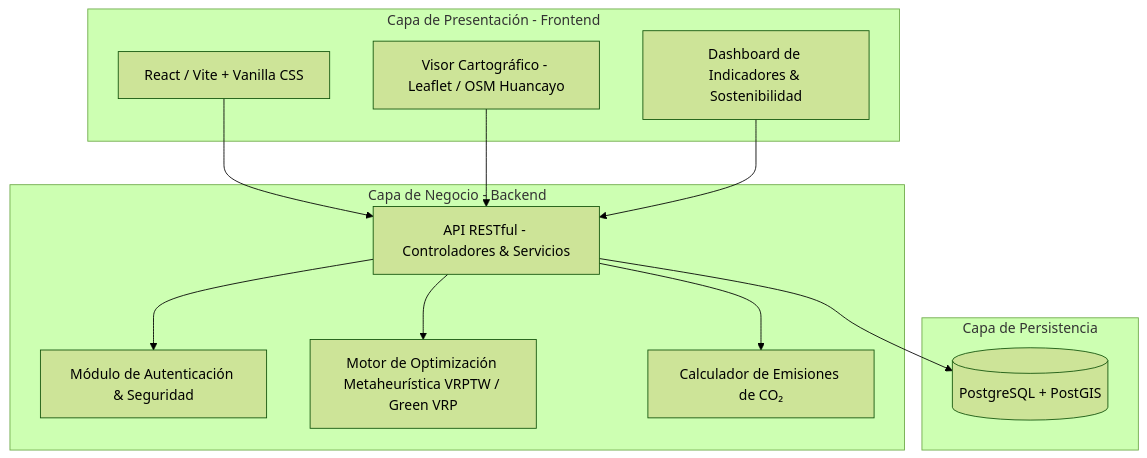
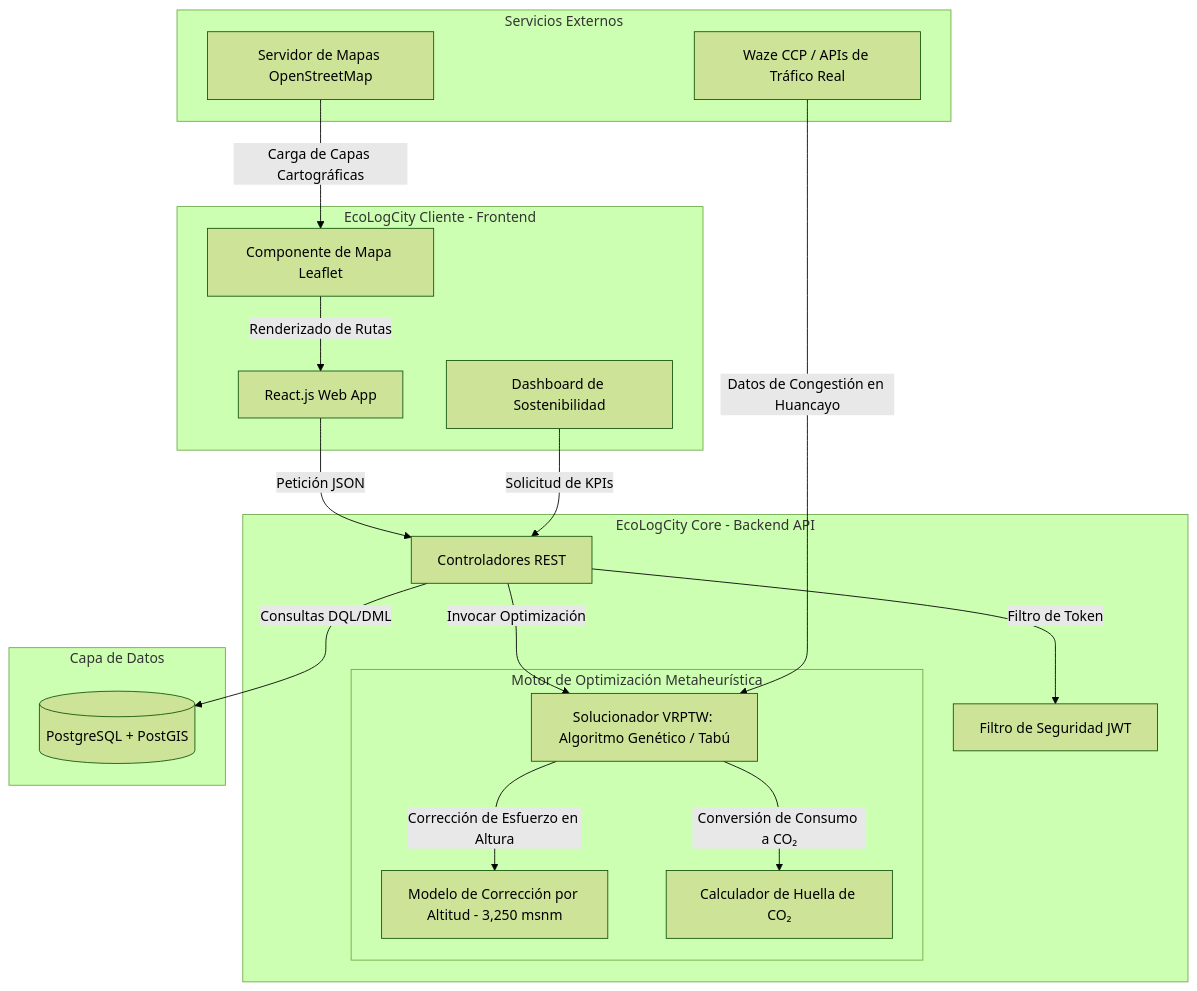
One commit to The-Yuu7/EcoLogCity changed the first of 3 diagrams in README.md. Above: the diagram before and after it, drawn with Mermaid (forest theme). The commit also changed other lines of this file, not shown here.

Commit message:
style(docs): redesign diagrams in README to be custom for EcoLogCity

````diff
--- a/README.md
+++ b/README.md
@@ -85,27 +86,38 @@
 ```mermaid
-graph TD
-    subgraph Cliente [Capa de Presentación - Frontend]
-        UI[React / Vite + Vanilla CSS]
-        Map[Visor Cartográfico - Leaflet / OSM Huancayo]
-        Dash[Dashboard de Indicadores & Sostenibilidad]
+graph TB
+    subgraph Frontend [EcoLogCity Cliente - Frontend]
+        UI[React.js Web App]
+        Map[Componente de Mapa Leaflet]
+        Dash[Dashboard de Sostenibilidad]
     end
 
-    subgraph Servidor [Capa de Negocio - Backend]
-        API[API RESTful - Controladores & Servicios]
-        Auth[Módulo de Autenticación & Seguridad]
-        Engine[Motor de Optimización Metaheurística VRPTW / Green VRP]
-        CO2[Calculador de Emisiones de CO₂]
+    subgraph Backend [EcoLogCity Core - Backend API]
+        Controller[Controladores REST]
+        Auth[Filtro de Seguridad JWT]
+        subgraph Engine [Motor de Optimización Metaheurística]
+            VRP[Solucionador VRPTW: Algoritmo Genético / Tabú]
+            ElevFactor[Modelo de Corrección por Altitud - 3,250 msnm]
+            Carbon[Calculador de Huella de CO₂]
+        end
     end
 
-    subgraph Datos [Capa de Persistencia]
-        DB[(PostgreSQL + PostGIS)]
+    subgraph External [Servicios Externos]
+        Waze[Waze CCP / APIs de Tráfico Real]
+        OSM[Servidor de Mapas OpenStreetMap]
     end
 
-    UI --> API
-    Map --> API
-    Dash --> API
-    API --> Auth
-    API --> Engine
-    API --> CO2
-    API --> DB
+    subgraph Database [Capa de Datos]
+        PG[(PostgreSQL + PostGIS)]
+    end
+
+    UI -->|Petición JSON| Controller
+    Map -->|Renderizado de Rutas| UI
+    Dash -->|Solicitud de KPIs| Controller
+    Controller -->|Filtro de Token| Auth
+    Controller -->|Invocar Optimización| VRP
+    VRP -->|Corrección de Esfuerzo en Altura| ElevFactor
+    VRP -->|Conversión de Consumo a CO₂| Carbon
+    OSM -->|Carga de Capas Cartográficas| Map
+    Waze -->|Datos de Congestión en Huancayo| VRP
+    Controller -->|Consultas DQL/DML| PG
 ```
````
